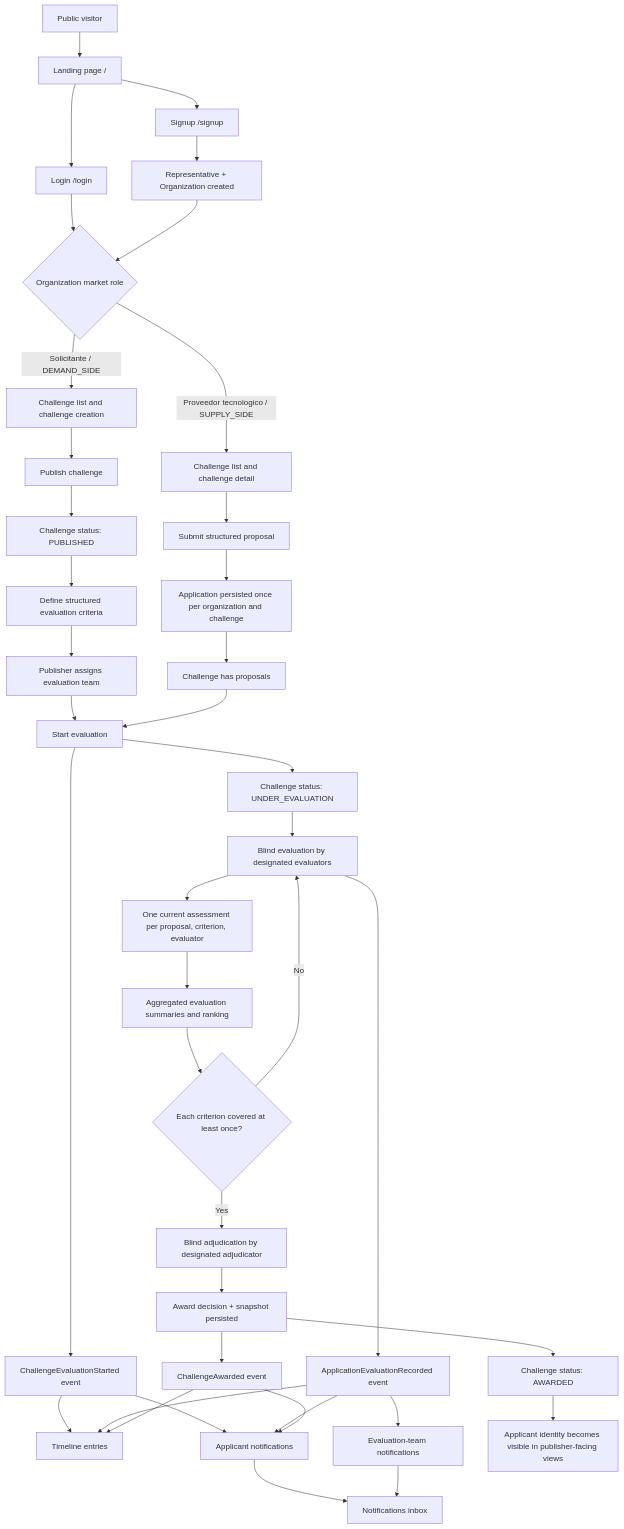
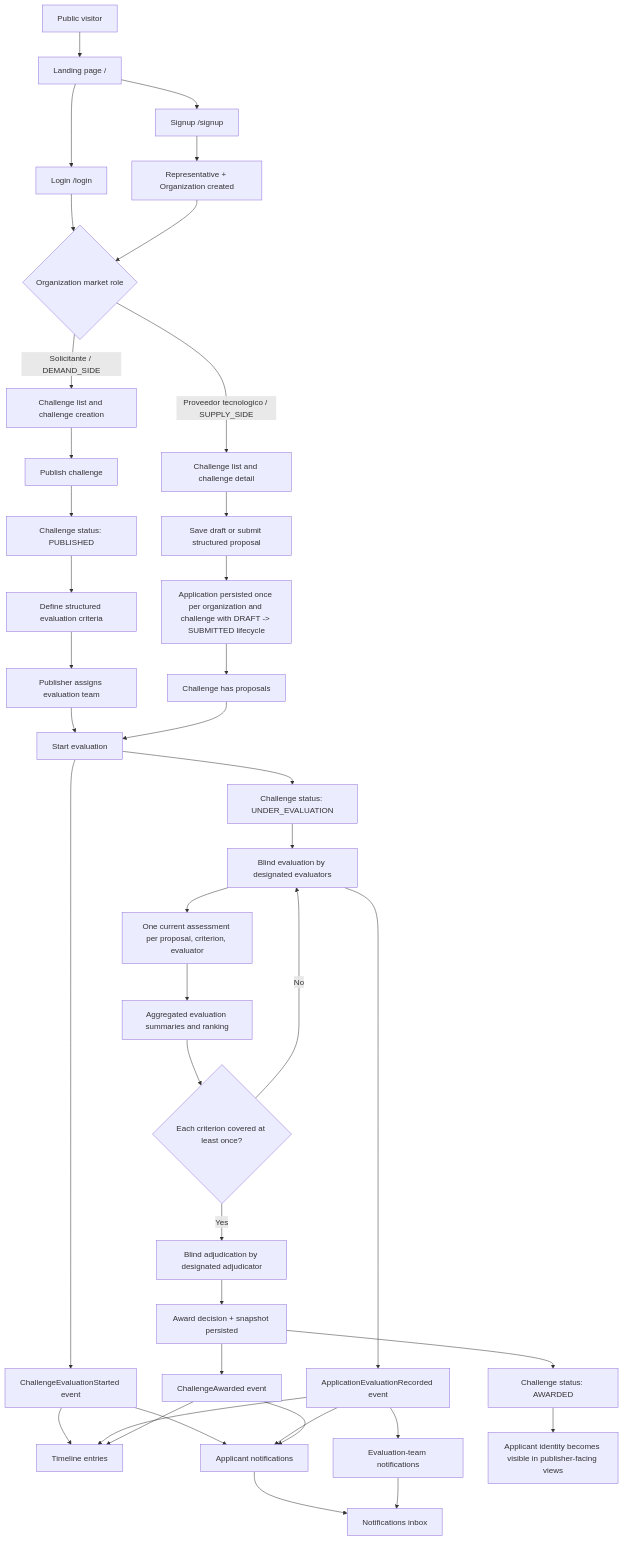
The first of 2 diagrams in docs/project_diagrams.md (Open-Source-Academic-Initiative/VIMER), drawn with Mermaid before and after one commit. The commit also changed 32 other files, not shown here.

Commit message:
Implement persisted application draft lifecycle

````diff
--- a/docs/project_diagrams.md
+++ b/docs/project_diagrams.md
@@ -12,53 +12,53 @@
 ```mermaid
 flowchart TD
     A[Public visitor] --> B[Landing page /]
     B --> C[Signup /signup]
     B --> D[Login /login]
 
     C --> E[Representative + Organization created]
     D --> F{Organization market role}
     E --> F
 
     F -->|Solicitante / DEMAND_SIDE| G[Challenge list and challenge creation]
     F -->|Proveedor tecnologico / SUPPLY_SIDE| H[Challenge list and challenge detail]
 
     G --> I[Publish challenge]
     I --> J[Challenge status: PUBLISHED]
     J --> K[Define structured evaluation criteria]
 
-    H --> L[Submit structured proposal]
-    L --> M[Application persisted once per organization and challenge]
+    H --> L[Save draft or submit structured proposal]
+    L --> M[Application persisted once per organization and challenge with DRAFT -> SUBMITTED lifecycle]
 
     K --> N[Publisher assigns evaluation team]
     M --> O[Challenge has proposals]
     N --> P[Start evaluation]
     O --> P
     P --> Q[Challenge status: UNDER_EVALUATION]
 
     Q --> R[Blind evaluation by designated evaluators]
     R --> S[One current assessment per proposal, criterion, evaluator]
     S --> T[Aggregated evaluation summaries and ranking]
     T --> U{Each criterion covered at least once?}
 
     U -->|No| R
     U -->|Yes| V[Blind adjudication by designated adjudicator]
     V --> W[Award decision + snapshot persisted]
     W --> X[Challenge status: AWARDED]
 
     P --> Y[ChallengeEvaluationStarted event]
     R --> Z[ApplicationEvaluationRecorded event]
     W --> AA[ChallengeAwarded event]
 
     Y --> AB[Timeline entries]
     Z --> AB
     AA --> AB
 
     Y --> AC[Applicant notifications]
     Z --> AC
     Z --> AD[Evaluation-team notifications]
     AA --> AC
 
     X --> AE[Applicant identity becomes visible in publisher-facing views]
     AC --> AF[Notifications inbox]
     AD --> AF
 ```
````
